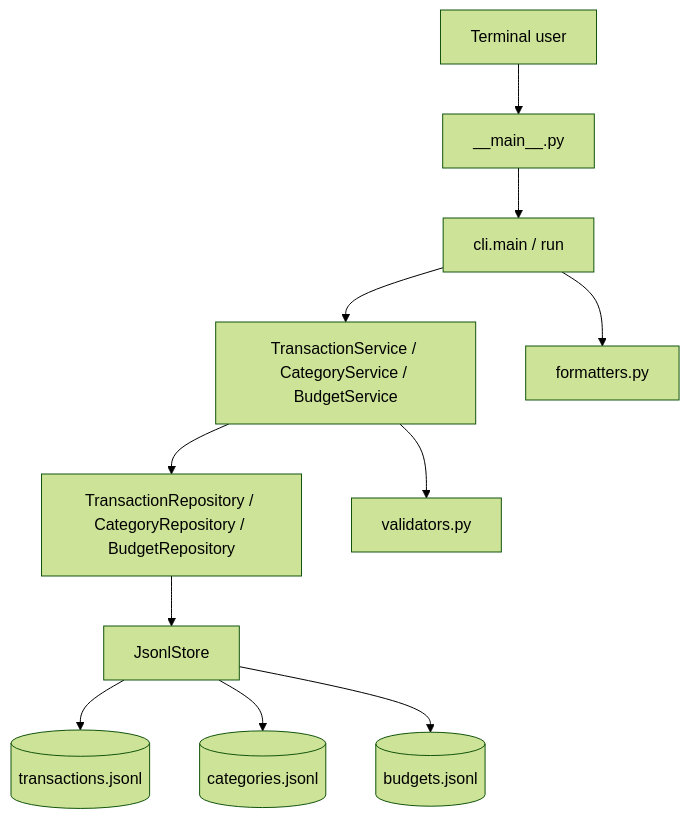
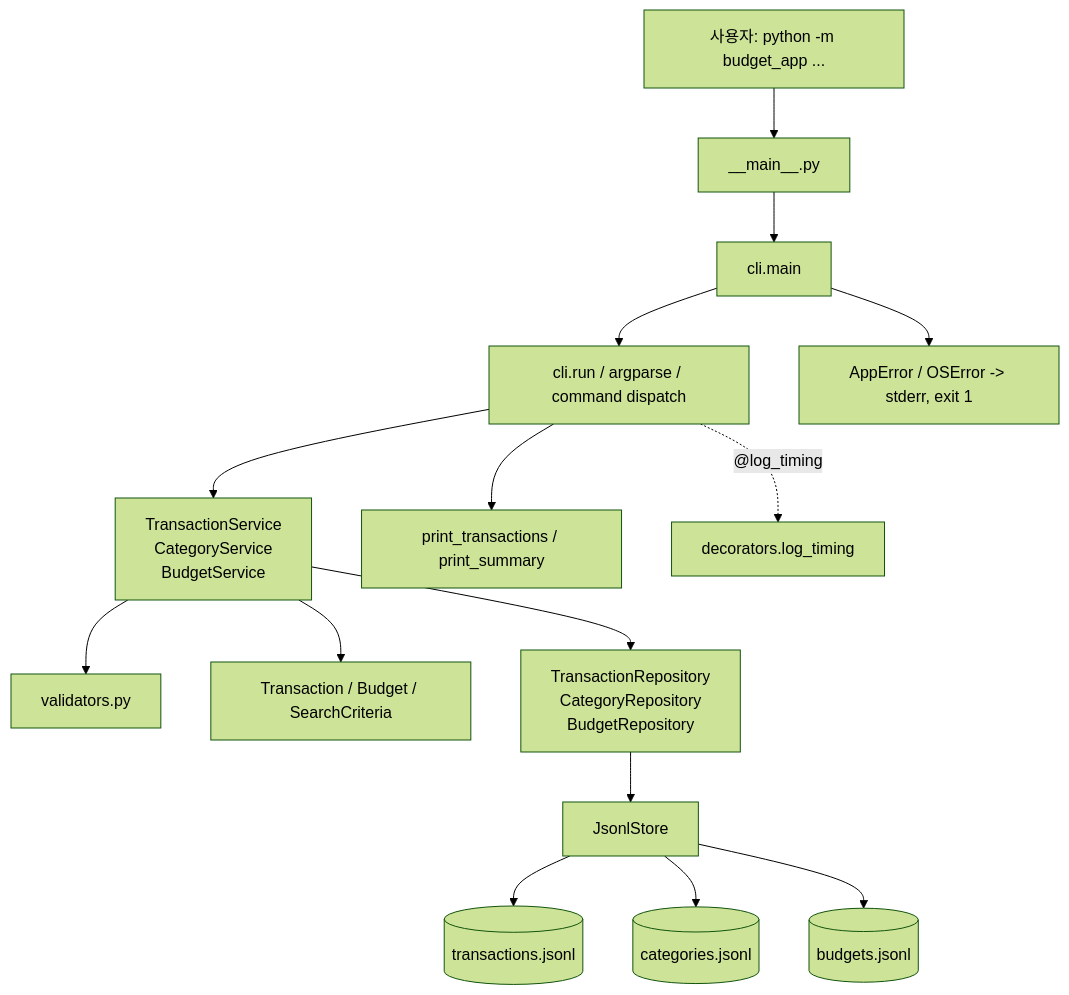
One commit to jhkr1/Codyssey_main_course changed the first of 7 diagrams in B2-1_Create_file-based_household_account_console_program/budget_app/CODE_ARCHITECTURE.md. Above: the diagram before and after it, drawn with Mermaid (forest theme). The commit also changed other lines of this file and 2 other files, not shown here.

Commit message:
docs: add budget app code reading guide

````diff
--- a/B2-1_Create_file-based_household_account_console_program/budget_app/CODE_ARCHITECTURE.md
+++ b/B2-1_Create_file-based_household_account_console_program/budget_app/CODE_ARCHITECTURE.md
@@ -5,13 +39,17 @@
 ```mermaid
 flowchart TD
-    U[Terminal user] --> M[__main__.py]
-    M --> C[cli.main / run]
-    C --> S[TransactionService / CategoryService / BudgetService]
-    S --> R[TransactionRepository / CategoryRepository / BudgetRepository]
-    R --> J[JsonlStore]
-    J --> T[(transactions.jsonl)]
-    J --> K[(categories.jsonl)]
-    J --> B[(budgets.jsonl)]
-    C --> F[formatters.py]
-    S --> V[validators.py]
+    User[사용자: python -m budget_app ...] --> Entry[__main__.py]
+    Entry --> Main[cli.main]
+    Main --> Run[cli.run / argparse / command dispatch]
+    Run --> Services[TransactionService<br/>CategoryService<br/>BudgetService]
+    Services --> Validators[validators.py]
+    Services --> Models[Transaction / Budget / SearchCriteria]
+    Services --> Repositories[TransactionRepository<br/>CategoryRepository<br/>BudgetRepository]
+    Repositories --> Store[JsonlStore]
+    Store --> Tx[(transactions.jsonl)]
+    Store --> Cat[(categories.jsonl)]
+    Store --> Budget[(budgets.jsonl)]
+    Run --> Formatters[print_transactions / print_summary]
+    Main --> Errors[AppError / OSError -> stderr, exit 1]
+    Run -. @log_timing .-> Decorator[decorators.log_timing]
 ```
````
